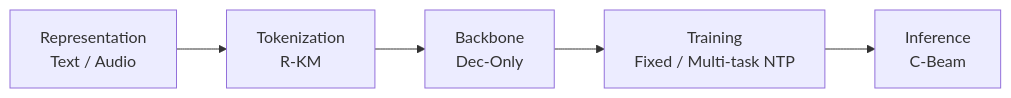
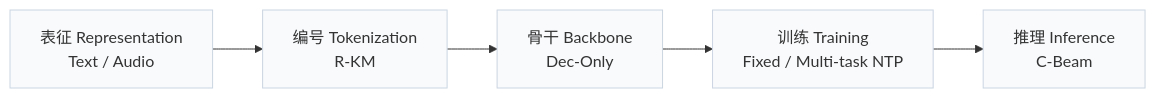
Before and after one commit to Galaxy-ghost/Awesome-SID-Generative-Rec: the first of 2 diagrams in pages/zh/papers/neo.md, drawn with Mermaid. The commit also changed other lines of this file and 649 other files, not shown here.

Commit message:
writer-05: also tags and modality index (schema, check, build, visuals); summary field removed; calibration data for 12 papers

````diff
--- a/pages/zh/papers/neo.md
+++ b/pages/zh/papers/neo.md
@@ -13,4 +15,6 @@
 ```mermaid
 flowchart LR
-    R["Representation<br/>Text / Audio"] --> T["Tokenization<br/>R-KM"] --> B["Backbone<br/>Dec-Only"] --> TR["Training<br/>Fixed / Multi-task NTP"] --> I["Inference<br/>C-Beam"]
+    R["表征 Representation<br/>Text / Audio"] --> T["编号 Tokenization<br/>R-KM"] --> B["骨干 Backbone<br/>Dec-Only"] --> TR["训练 Training<br/>Fixed / Multi-task NTP"] --> I["推理 Inference<br/>C-Beam"]
+    classDef base fill:#f8fafc,stroke:#cbd5e1
+    class R,T,B,TR,I base
 ```
````
